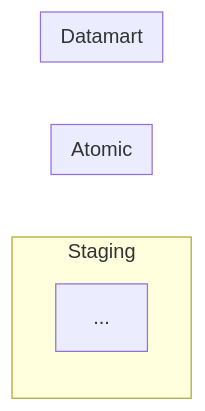
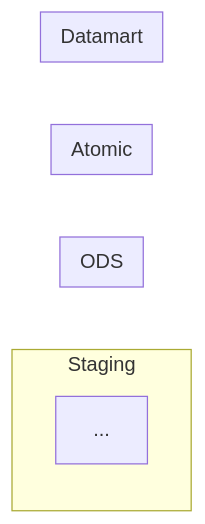
The first of 2 diagrams in .claude/skills/datamart-hld-design/reference/flowchart_rules.md (linhlvit/ubck_atomic_design), drawn with Mermaid before and after one commit. The commit also changed other lines of this file and 22 other files, not shown here.

````diff
--- a/.claude/skills/datamart-hld-design/reference/flowchart_rules.md
+++ b/.claude/skills/datamart-hld-design/reference/flowchart_rules.md
@@ -26,12 +26,15 @@
 ```mermaid
 flowchart LR
     subgraph SRC["Staging"]
+        ...
+    end
+    subgraph ODS["ODS"]
         ...
     end
     subgraph SIL["Atomic"]
         ...
     end
     subgraph GOLD["Datamart"]
         ...
     end
 ```
````
